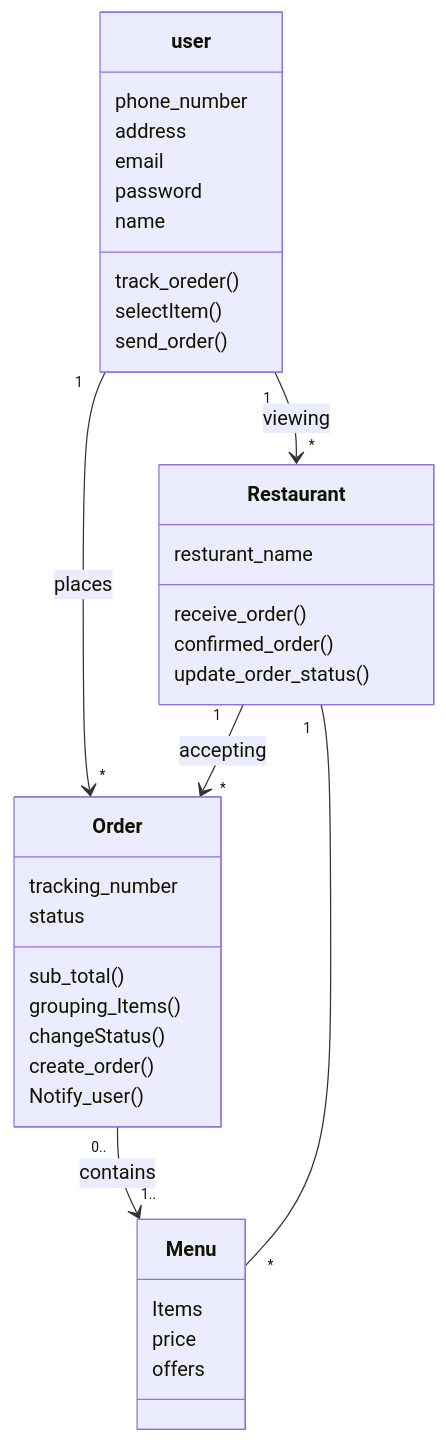
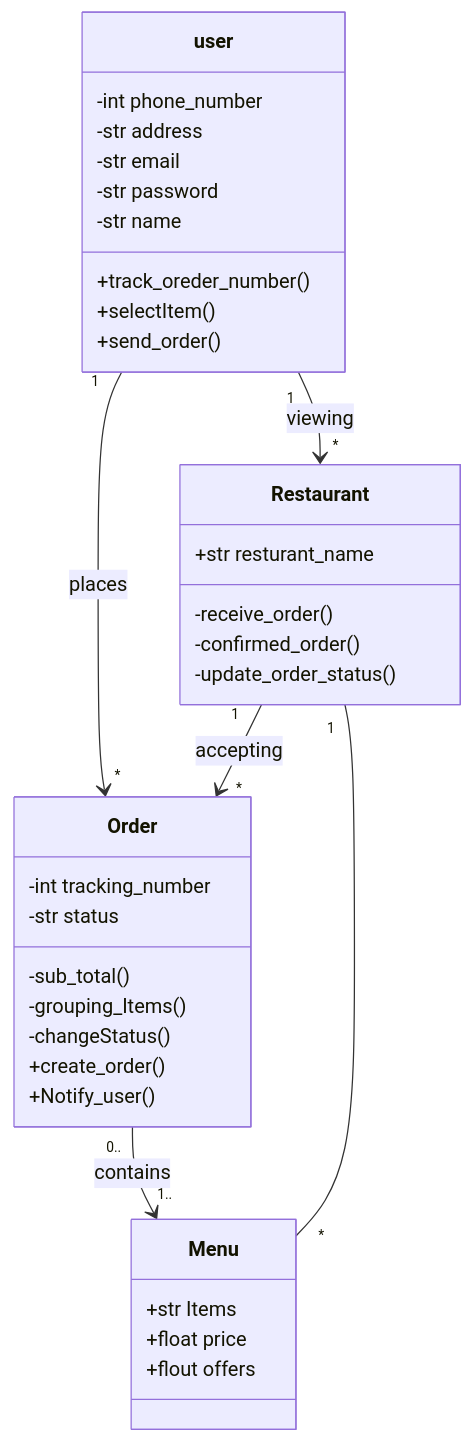
Before and after one commit to Tmadeer/Architecture_Plan_For_FoodDeliveryPlatform: the diagram in diagramsUML/classDiagramFood.mmd, drawn with Mermaid.

Commit message:
our class diagram

```diff
--- a/diagramsUML/classDiagramFood.mmd
+++ b/diagramsUML/classDiagramFood.mmd
@@ -1,41 +1,41 @@
 classDiagram
 direction TB
     class Menu {
-        Items
-        price
-        offers
+       +str  Items
+       +float  price
+       +flout offers
     }
 
     class Order {
-        tracking_number
-        status
-	sub_total()
-    	grouping_Items()
-        changeStatus()
-        create_order()
-        Notify_user()
+       -int tracking_number
+       -str status
+       -sub_total()
+       -grouping_Items()
+       -changeStatus()
+       +create_order()
+       +Notify_user()
     }
 
     class Restaurant {
-        resturant_name
-        receive_order()
-        confirmed_order()
-        update_order_status()
+        +str resturant_name
+        -receive_order()
+        -confirmed_order()
+        -update_order_status()
     }
 
     class user {
-        phone_number
-        address
-        email
-        password
-        name
-        track_oreder()
-        selectItem()
-        send_order()
+        -int phone_number
+        -str address
+        -str email
+        -str password
+        -str name
+        +track_oreder_number()
+        +selectItem()
+        +send_order()
     }
 
    user "1" --> "*" Order : places
 Restaurant "1" --> "*" Order : accepting 
 Restaurant "1" -- "*" Menu 
 user "1" --> "*" Restaurant : viewing
 Order "0.." --> "1.." Menu : contains
```
